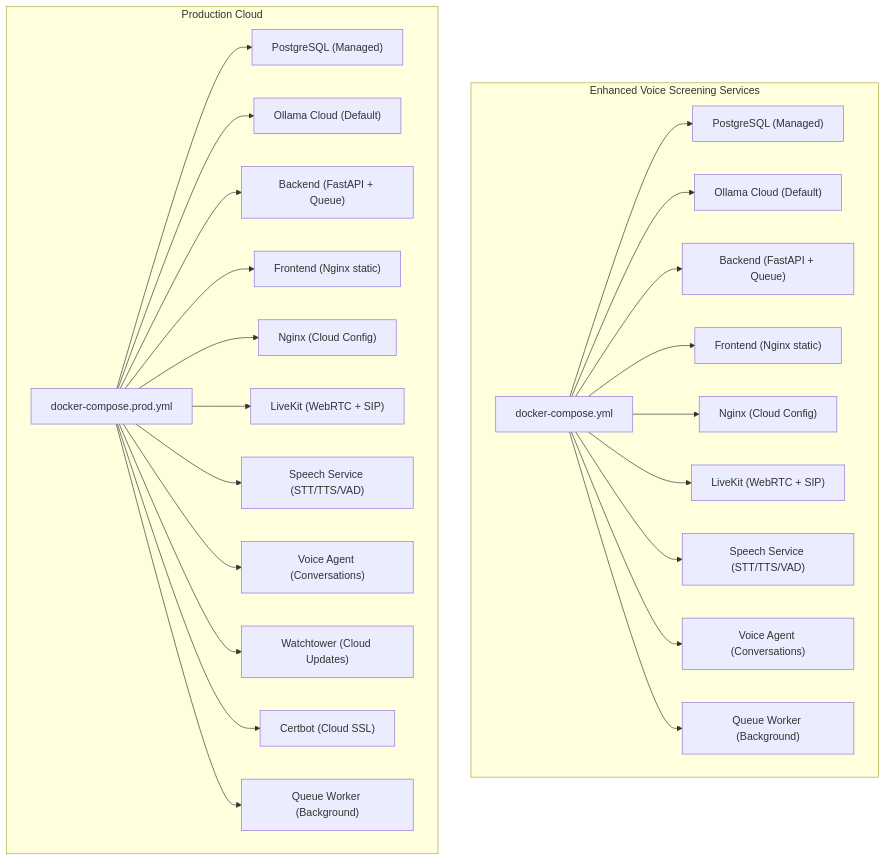
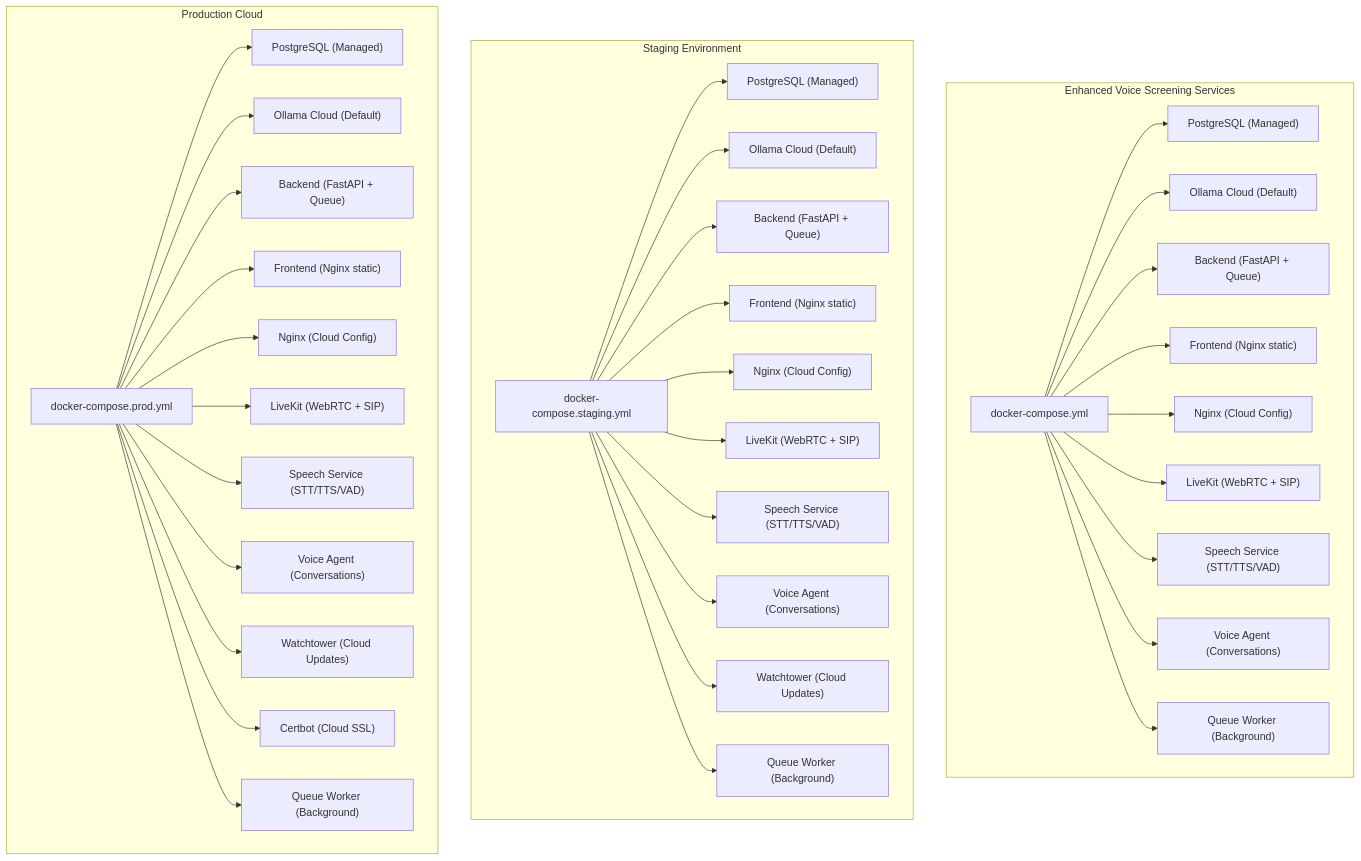
The second of 15 diagrams in .qoder/repowiki/en/content/Deployment & DevOps/Deployment & DevOps.md (Revanththetalogics/aireume), drawn with Mermaid before and after one commit. The commit also changed other lines of this file and 9 other files, not shown here.

````diff
--- a/.qoder/repowiki/en/content/Deployment & DevOps/Deployment & DevOps.md
+++ b/.qoder/repowiki/en/content/Deployment & DevOps/Deployment & DevOps.md
@@ -138,29 +148,42 @@
 ```mermaid
 graph TB
 subgraph "Enhanced Voice Screening Services"
-DCDev["docker-compose.yml"]
-DCDev --> PostgresDev["PostgreSQL (Managed)"]
-DCDev --> OllamaCloudDev["Ollama Cloud (Default)"]
-DCDev --> BackendDev["Backend (FastAPI + Queue)"]
-DCDev --> FrontendDev["Frontend (Nginx static)"]
-DCDev --> NginxDev["Nginx (Cloud Config)"]
-DCDev --> LiveKitDev["LiveKit (WebRTC + SIP)"]
-DCDev --> SpeechServiceDev["Speech Service (STT/TTS/VAD)"]
-DCDev --> VoiceAgentDev["Voice Agent (Conversations)"]
-DCDev --> QueueWorkerDev["Queue Worker (Background)"]
+Dev["docker-compose.yml"]
+Dev --> PostgresDev["PostgreSQL (Managed)"]
+Dev --> OllamaCloudDev["Ollama Cloud (Default)"]
+Dev --> BackendDev["Backend (FastAPI + Queue)"]
+Dev --> FrontendDev["Frontend (Nginx static)"]
+Dev --> NginxDev["Nginx (Cloud Config)"]
+Dev --> LiveKitDev["LiveKit (WebRTC + SIP)"]
+Dev --> SpeechServiceDev["Speech Service (STT/TTS/VAD)"]
+Dev --> VoiceAgentDev["Voice Agent (Conversations)"]
+Dev --> QueueWorkerDev["Queue Worker (Background)"]
+end
+subgraph "Staging Environment"
+Staging["docker-compose.staging.yml"]
+Staging --> PostgresStaging["PostgreSQL (Managed)"]
+Staging --> OllamaCloudStaging["Ollama Cloud (Default)"]
+Staging --> BackendStaging["Backend (FastAPI + Queue)"]
+Staging --> FrontendStaging["Frontend (Nginx static)"]
+Staging --> NginxStaging["Nginx (Cloud Config)"]
+Staging --> LiveKitStaging["LiveKit (WebRTC + SIP)"]
+Staging --> SpeechServiceStaging["Speech Service (STT/TTS/VAD)"]
+Staging --> VoiceAgentStaging["Voice Agent (Conversations)"]
+Staging --> WatchtowerStaging["Watchtower (Cloud Updates)"]
+Staging --> QueueWorkerStaging["Queue Worker (Background)"]
 end
 subgraph "Production Cloud"
-DCP["docker-compose.prod.yml"]
-DCP --> PostgresProd["PostgreSQL (Managed)"]
-DCP --> OllamaCloudProd["Ollama Cloud (Default)"]
-DCP --> BackendProd["Backend (FastAPI + Queue)"]
-DCP --> FrontendProd["Frontend (Nginx static)"]
-DCP --> NginxProd["Nginx (Cloud Config)"]
-DCP --> LiveKitProd["LiveKit (WebRTC + SIP)"]
-DCP --> SpeechServiceProd["Speech Service (STT/TTS/VAD)"]
-DCP --> VoiceAgentProd["Voice Agent (Conversations)"]
-DCP --> Watchtower["Watchtower (Cloud Updates)"]
-DCP --> Certbot["Certbot (Cloud SSL)"]
-DCP --> QueueWorkerProd["Queue Worker (Background)"]
+Prod["docker-compose.prod.yml"]
+Prod --> PostgresProd["PostgreSQL (Managed)"]
+Prod --> OllamaCloudProd["Ollama Cloud (Default)"]
+Prod --> BackendProd["Backend (FastAPI + Queue)"]
+Prod --> FrontendProd["Frontend (Nginx static)"]
+Prod --> NginxProd["Nginx (Cloud Config)"]
+Prod --> LiveKitProd["LiveKit (WebRTC + SIP)"]
+Prod --> SpeechServiceProd["Speech Service (STT/TTS/VAD)"]
+Prod --> VoiceAgentProd["Voice Agent (Conversations)"]
+Prod --> WatchtowerProd["Watchtower (Cloud Updates)"]
+Prod --> Certbot["Certbot (Cloud SSL)"]
+Prod --> QueueWorkerProd["Queue Worker (Background)"]
 end
 ```
````
